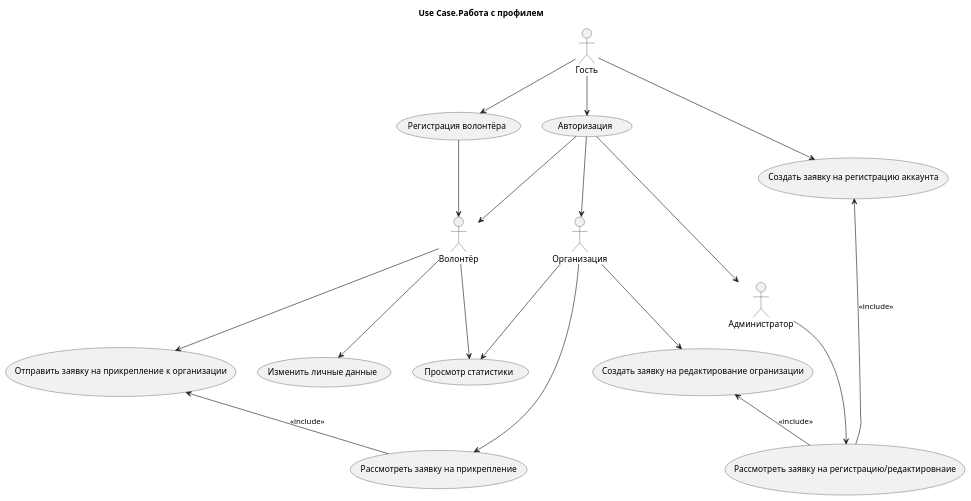
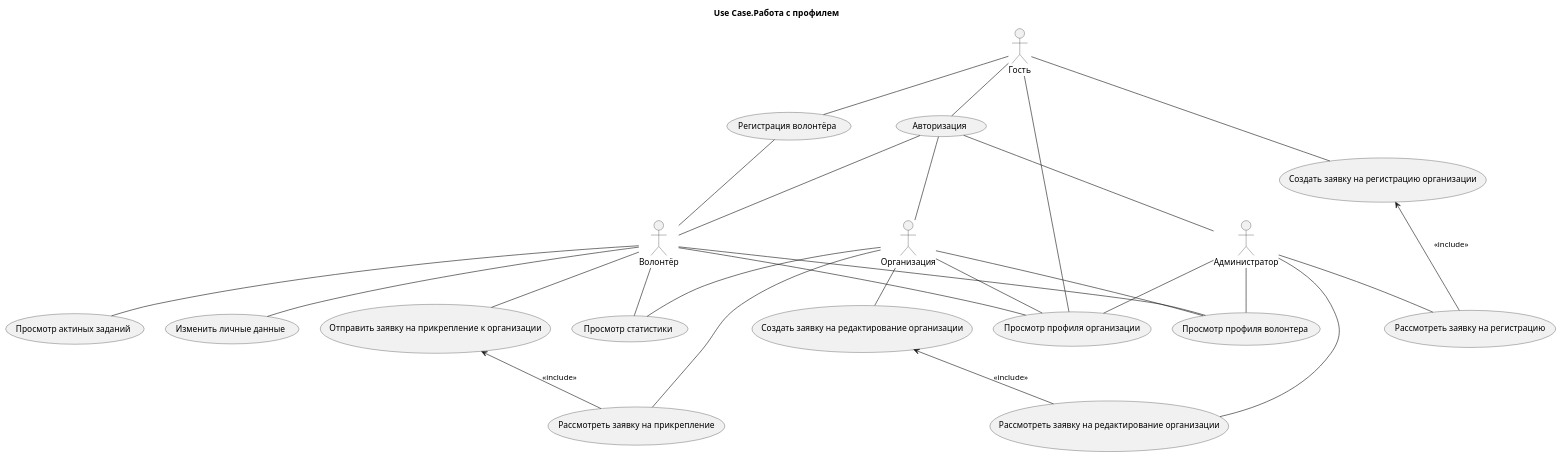
One commit to den990/daPomogu changed the diagram in architecture/Use Cases/Working-with-Profile.puml. Above: the diagram before and after it, drawn with PlantUML. The commit also changed 12 other files, not shown here.

Commit message:
Изменены Use Cases и Добавлены UMLActivity/States/Sequence

```diff
--- a/architecture/Use Cases/Working-with-Profile.puml
+++ b/architecture/Use Cases/Working-with-Profile.puml
@@ -1,31 +1,44 @@
 @startuml
 skinparam style classic
 
 title Use Case.Работа с профилем
 
 :Волонтёр:
 :Организация:
 :Администратор:
 
-Организация --> (Создать заявку на редактирование огранизации)
-(Создать заявку на редактирование огранизации) <-- (Рассмотреть заявку на регистрацию/редактировнаие) : <<include>>
-Администратор --> (Рассмотреть заявку на регистрацию/редактировнаие)
+Гость -- (Просмотр профиля организации)
+Волонтёр -- (Просмотр профиля организации)
+Организация -- (Просмотр профиля организации)
+Администратор -- (Просмотр профиля организации)
 
-Волонтёр --> (Отправить заявку на прикрепление к организации)
+Волонтёр -- (Просмотр профиля волонтера)
+Организация -- (Просмотр профиля волонтера)
+Администратор -- (Просмотр профиля волонтера)
+
+Волонтёр -- (Просмотр актиных заданий)
+
+Администратор -- (Рассмотреть заявку на регистрацию)
+(Создать заявку на регистрацию организации) <-- (Рассмотреть заявку на регистрацию) : <<include>>
+
+Организация -- (Создать заявку на редактирование организации)
+Администратор -- (Рассмотреть заявку на редактирование организации)
+(Создать заявку на редактирование организации) <-- (Рассмотреть заявку на редактирование организации) : <<include>>
+
+Волонтёр -- (Отправить заявку на прикрепление к организации)
 (Отправить заявку на прикрепление к организации) <-- (Рассмотреть заявку на прикрепление) : <<include>>
-Организация --> (Рассмотреть заявку на прикрепление)
-Волонтёр --> (Изменить личные данные)
-Волонтёр --> (Просмотр статистики)
-Организация --> (Просмотр статистики)
+Организация -- (Рассмотреть заявку на прикрепление)
+Волонтёр -- (Изменить личные данные)
+Волонтёр -- (Просмотр статистики)
+Организация -- (Просмотр статистики)
 
-Гость --> (Регистрация волонтёра)
-Гость --> (Авторизация)
-Гость --> (Создать заявку на регистрацию аккаунта)
-(Регистрация волонтёра) --> Волонтёр
+Гость -- (Регистрация волонтёра)
+Гость -- (Авторизация)
+Гость -- (Создать заявку на регистрацию организации)
+(Регистрация волонтёра) -- Волонтёр
 
-(Создать заявку на регистрацию аккаунта) <-- (Рассмотреть заявку на регистрацию/редактировнаие) : <<include>>
 
-(Авторизация) --> Волонтёр
-(Авторизация) --> Администратор
-(Авторизация) --> Организация
+(Авторизация) -- Волонтёр
+(Авторизация) -- Администратор
+(Авторизация) -- Организация
 @enduml
```
